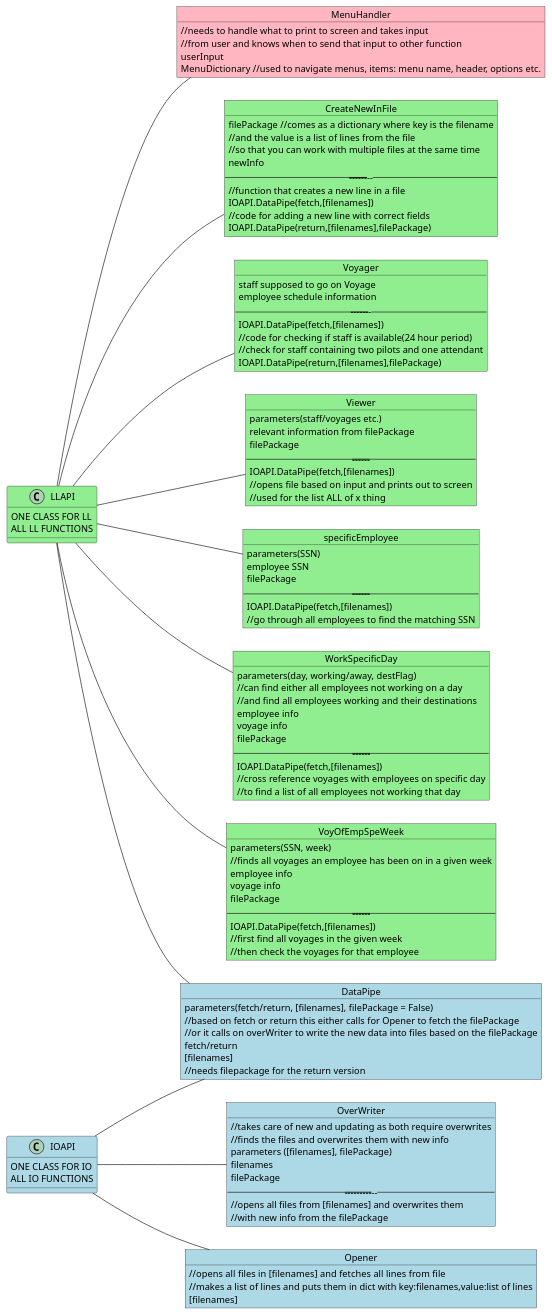
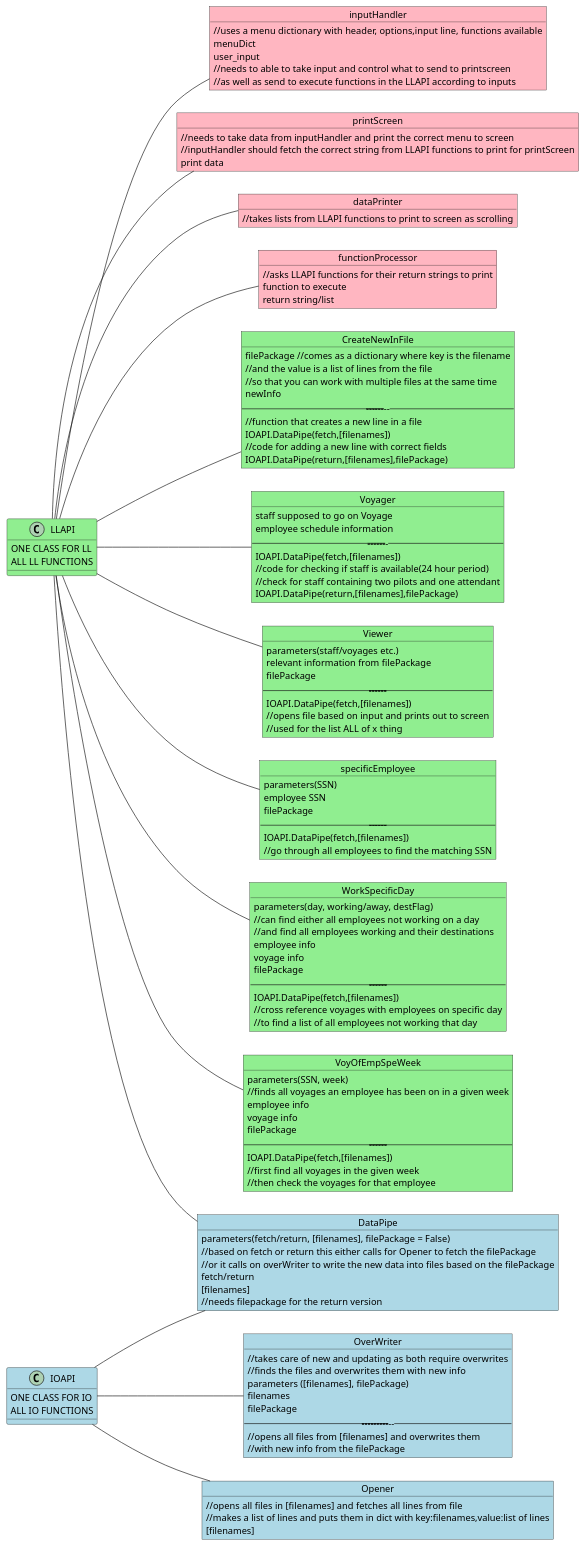
The diagram in diagrams/class/layeredrit.wsd (MyraMidnight/VLN1_h16), drawn with PlantUML before and after one commit.

Commit message:
more UI functions

```diff
--- a/diagrams/class/layeredrit.wsd
+++ b/diagrams/class/layeredrit.wsd
@@ -3,126 +3,146 @@
 @startuml Layeredrit
 
 
 
 class LLAPI  #LightGreen{
     ONE CLASS FOR LL
     ALL LL FUNCTIONS
 }
 
-object MenuHandler #LightPink {
-    //needs to handle what to print to screen and takes input
-    //from user and knows when to send that input to other function
-    userInput
-    MenuDictionary //used to navigate menus, items: menu name, header, options etc.
+object inputHandler #LightPink {
+    //uses a menu dictionary with header, options,input line, functions available
+    menuDict
+    user_input
+    //needs to able to take input and control what to send to printscreen
+    //as well as send to execute functions in the LLAPI according to inputs
+}
+
+object printScreen #LightPink {
+    //needs to take data from inputHandler and print the correct menu to screen
+    //inputHandler should fetch the correct string from LLAPI functions to print for printScreen
+    print data
+}
+
+object dataPrinter #LightPink {
+    //takes lists from LLAPI functions to print to screen as scrolling
+}
+
+object functionProcessor #LightPink {
+    //asks LLAPI functions for their return strings to print
+    function to execute
+    return string/list
 }
 
 object CreateNewInFile  #LightGreen{
     filePackage //comes as a dictionary where key is the filename
     //and the value is a list of lines from the file
     //so that you can work with multiple files at the same time
     newInfo
     ------------------------------------
     //function that creates a new line in a file
     IOAPI.DataPipe(fetch,[filenames])
     //code for adding a new line with correct fields
     IOAPI.DataPipe(return,[filenames],filePackage)
 }
 
 object Voyager  #LightGreen{
     staff supposed to go on Voyage
     employee schedule information
     -----------------------------------
     IOAPI.DataPipe(fetch,[filenames])
     //code for checking if staff is available(24 hour period)
     //check for staff containing two pilots and one attendant
     IOAPI.DataPipe(return,[filenames],filePackage)
 }
 
 object Viewer  #LightGreen{
     parameters(staff/voyages etc.)
     relevant information from filePackage
     filePackage
     ----------------------------------
     IOAPI.DataPipe(fetch,[filenames])
     //opens file based on input and prints out to screen
     //used for the list ALL of x thing
 }
 
 object specificEmployee  #LightGreen{
     parameters(SSN)
     employee SSN
     filePackage
     ----------------------------------
     IOAPI.DataPipe(fetch,[filenames])
     //go through all employees to find the matching SSN
 }
 
 object WorkSpecificDay  #LightGreen{
     parameters(day, working/away, destFlag)
     //can find either all employees not working on a day
     //and find all employees working and their destinations
     employee info
     voyage info
     filePackage
     ----------------------------------
     IOAPI.DataPipe(fetch,[filenames])
     //cross reference voyages with employees on specific day
     //to find a list of all employees not working that day
 }
 
 object VoyOfEmpSpeWeek #LightGreen{
     parameters(SSN, week)
     //finds all voyages an employee has been on in a given week
     employee info
     voyage info
     filePackage
     ----------------------------------
     IOAPI.DataPipe(fetch,[filenames])
     //first find all voyages in the given week
     //then check the voyages for that employee
 }
 
 class IOAPI #LightBlue{
     ONE CLASS FOR IO
     ALL IO FUNCTIONS
 }
 
 object OverWriter  #LightBlue{
     //takes care of new and updating as both require overwrites
     //finds the files and overwrites them with new info
     parameters ([filenames], filePackage)
     filenames
     filePackage
     ---------------------------------------------------
     //opens all files from [filenames] and overwrites them
     //with new info from the filePackage
 }
 
 object Opener  #LightBlue{
     //opens all files in  [filenames] and fetches all lines from file
     //makes a list of lines and puts them in dict with key:filenames,value:list of lines
     [filenames]
 }
 
 object DataPipe  #LightBlue{
     parameters(fetch/return, [filenames], filePackage = False)
     //based on fetch or return this either calls for Opener to fetch the filePackage
     //or it calls on overWriter to write the new data into files based on the filePackage
     fetch/return
     [filenames]
     //needs filepackage for the return version
     
 } 
 left to right direction
+LLAPI --- inputHandler
+LLAPI --- dataPrinter
+LLAPI --- printScreen
+LLAPI --- functionProcessor
 LLAPI --- CreateNewInFile
 LLAPI --- Voyager
 LLAPI --- Viewer
 LLAPI --- specificEmployee
 LLAPI --- WorkSpecificDay
 LLAPI --- VoyOfEmpSpeWeek
-LLAPI --- MenuHandler
 IOAPI --- Opener
 IOAPI --- OverWriter
 IOAPI --- DataPipe
 LLAPI --- DataPipe
 @enduml
```
